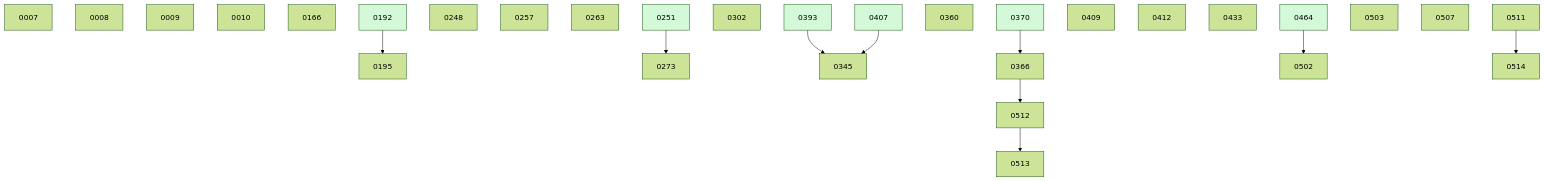
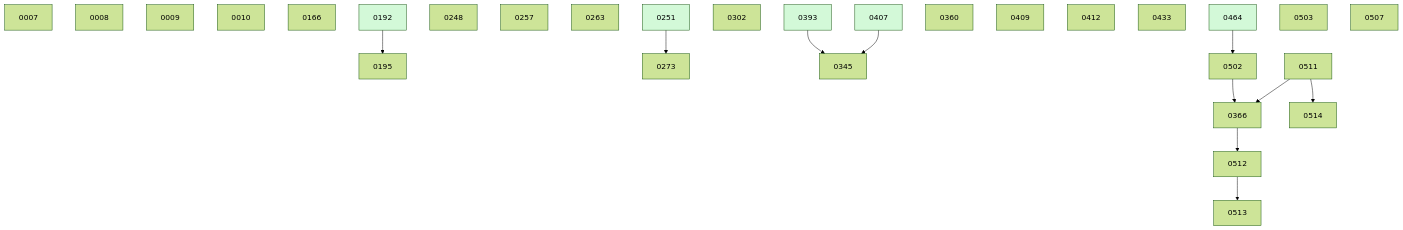
The diagram in docs/changes/BOARD.md (danielhanold/docket), drawn with Mermaid (forest theme) before and after one commit. The commit also changed other lines of this file and 2 other files, not shown here.

````diff
--- a/docs/changes/BOARD.md
+++ b/docs/changes/BOARD.md
@@ -49,35 +49,35 @@
 ```mermaid
 graph TD
   0007
   0008
   0009
   0010
   0166
   0192 --> 0195
   0248
   0257
   0263
   0251 --> 0273
   0302
   0393 --> 0345
   0407 --> 0345
   0360
-  0370 --> 0366
+  0502 --> 0366
+  0511 --> 0366
   0409
   0412
   0433
   0464 --> 0502
   0503
   0507
   0511
   0366 --> 0512
   0512 --> 0513
   0511 --> 0514
   0192:::done
   0251:::done
-  0370:::done
   0393:::done
   0407:::done
   0464:::done
   classDef done fill:#d3f9d8;
 ```
````
